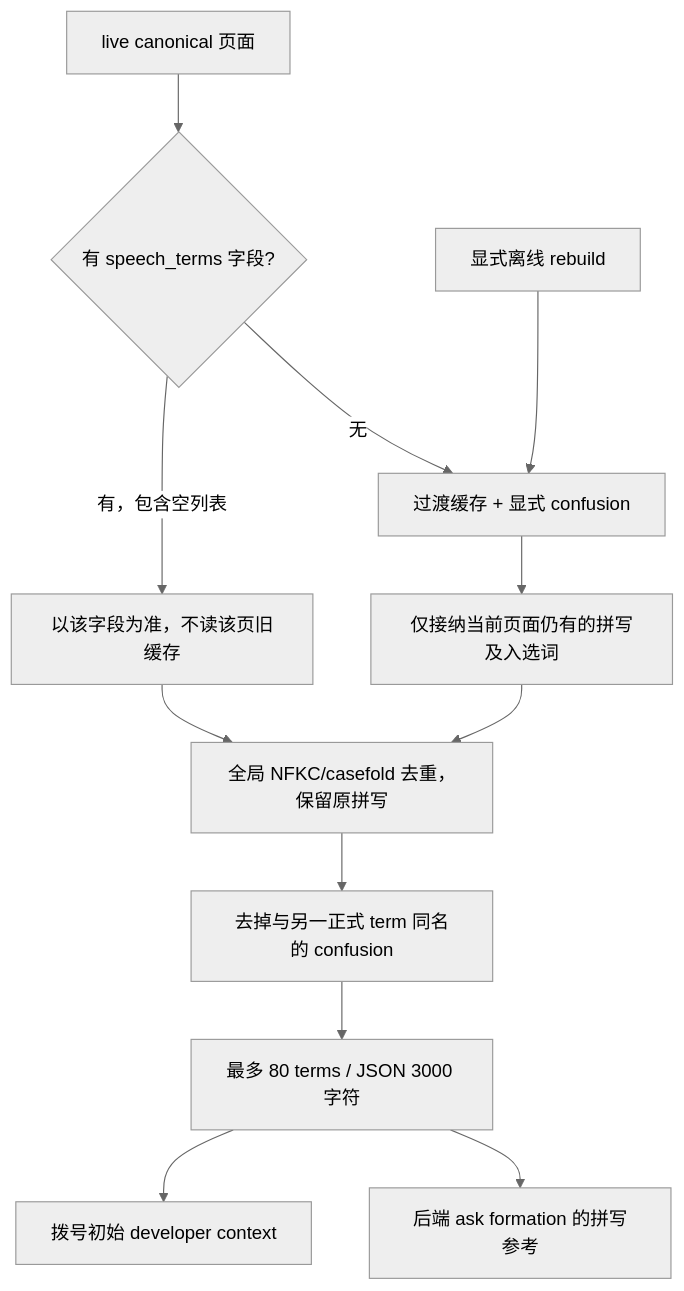
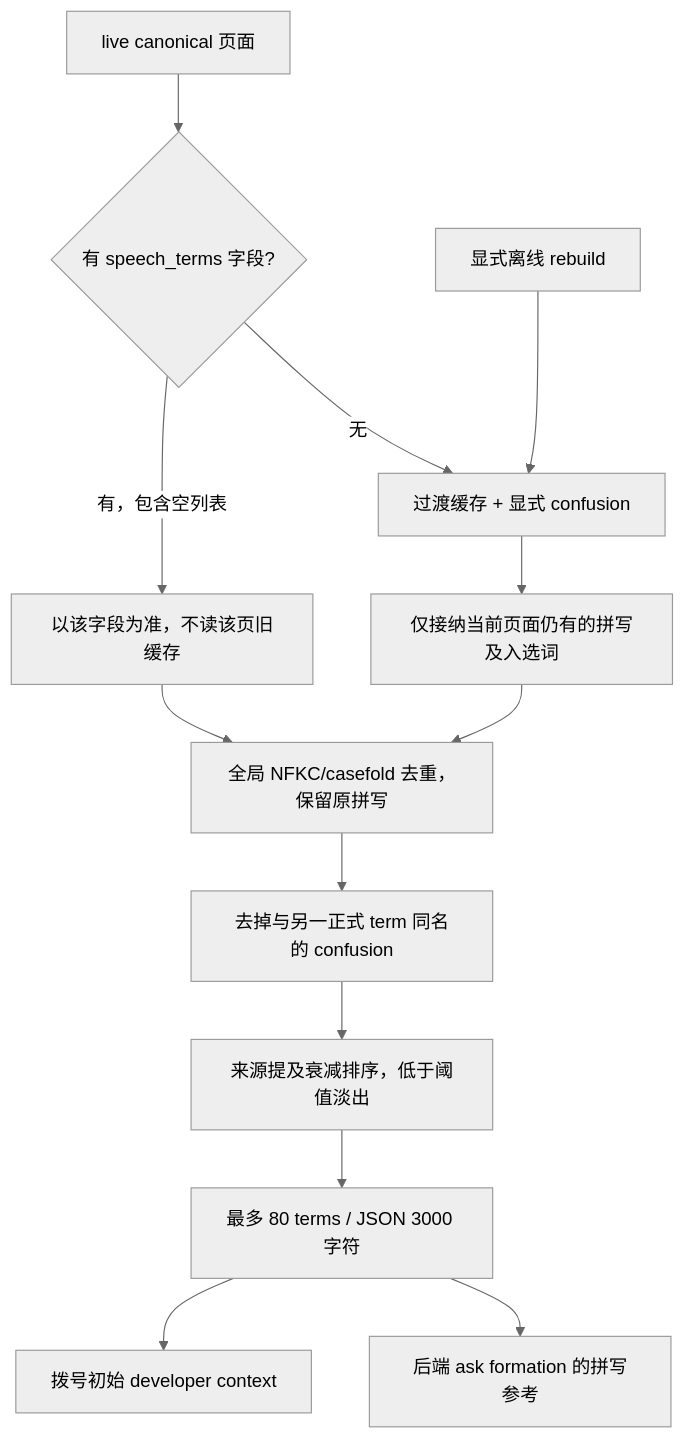
Before and after one commit to pandazki/pneuma-knowledge-compiler: the ninth of 9 diagrams in docs/design/voice-call-implementation.zh-CN.md, drawn with Mermaid (neutral theme). The commit also changed other lines of this file and 9 other files, not shown here.

````diff
--- a/docs/design/voice-call-implementation.zh-CN.md
+++ b/docs/design/voice-call-implementation.zh-CN.md
@@ -475,14 +475,15 @@
 ```mermaid
 flowchart TD
     A[live canonical 页面] --> B{有 speech_terms 字段?}
     B -->|有，包含空列表| C[以该字段为准，不读该页旧缓存]
     B -->|无| D[过渡缓存 + 显式 confusion]
     D --> E[仅接纳当前页面仍有的拼写及入选词]
     C --> F[全局 NFKC/casefold 去重，保留原拼写]
     E --> F
     F --> G[去掉与另一正式 term 同名的 confusion]
-    G --> H[最多 80 terms / JSON 3000 字符]
+    G --> R[来源提及衰减排序，低于阈值淡出]
+    R --> H[最多 80 terms / JSON 3000 字符]
     H --> I[拨号初始 developer context]
     H --> J[后端 ask formation 的拼写参考]
     K[显式离线 rebuild] --> D
 ```
````
